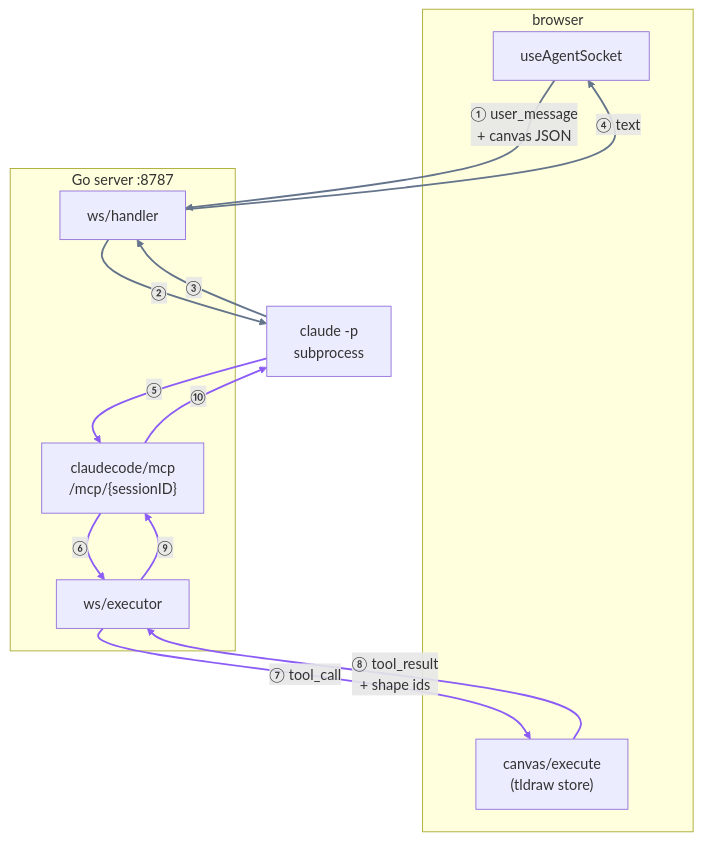
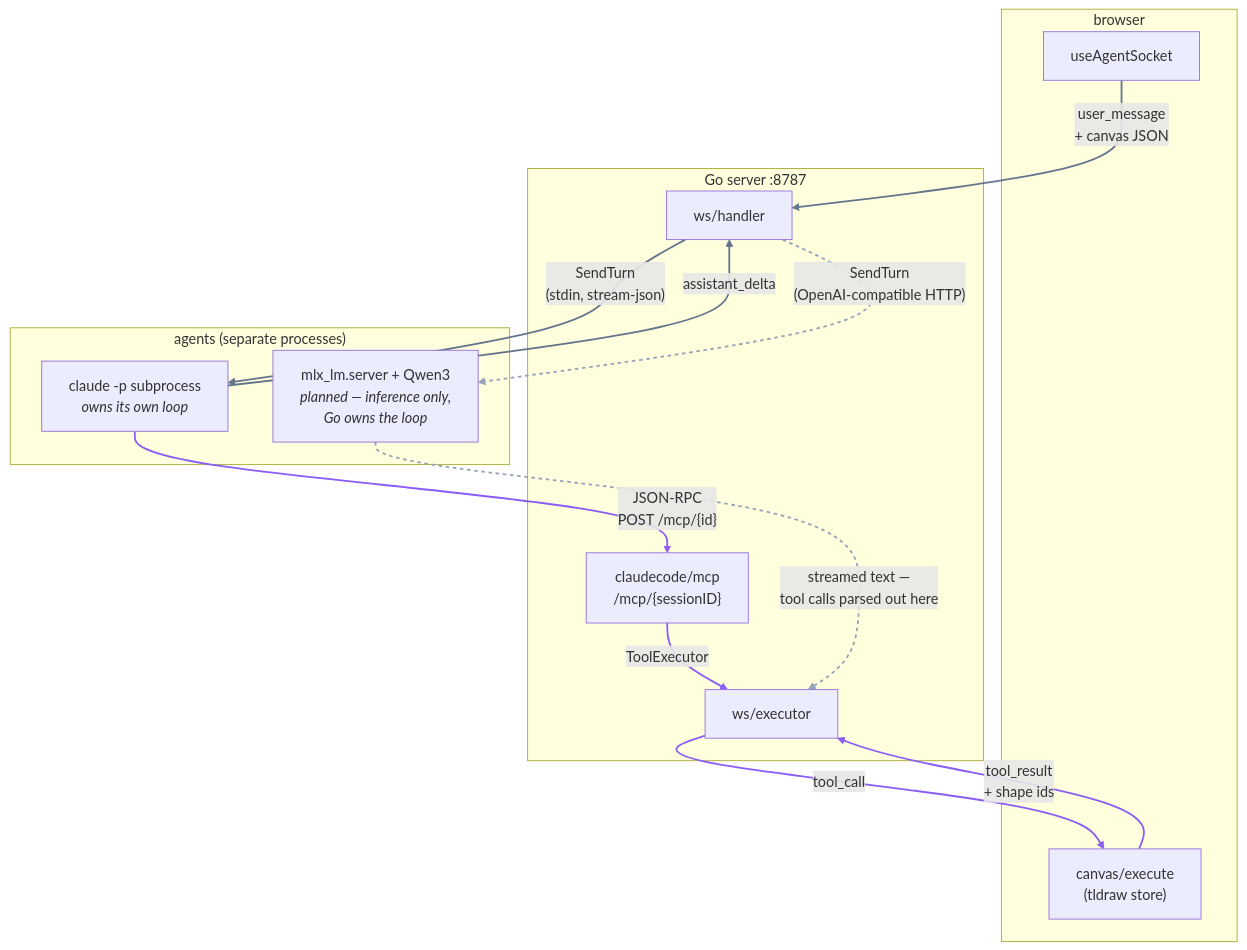
The diagram in README.md (anubhavitis/whiteboard), drawn with Mermaid before and after one commit. The commit also changed other lines of this file, not shown here.

First line of the commit message:
docs: drop the step-number table, add the planned MLX path

````diff
--- a/README.md
+++ b/README.md
@@ -35,30 +35,34 @@
 ```mermaid
 flowchart TB
     subgraph browser["browser"]
         chat["useAgentSocket"]
         canvas["canvas/execute<br/>(tldraw store)"]
     end
 
     subgraph server["Go server :8787"]
         handler["ws/handler"]
         executor["ws/executor"]
         mcp["claudecode/mcp<br/>/mcp/{sessionID}"]
     end
 
-    cc["claude -p<br/>subprocess"]
+    subgraph agents["agents (separate processes)"]
+        cc["claude -p subprocess<br/><i>owns its own loop</i>"]
+        mlx["mlx_lm.server + Qwen3<br/><i>planned — inference only,<br/>Go owns the loop</i>"]
+    end
 
-    chat -- "① user_message<br/>+ canvas JSON" --> handler
-    handler -- "②" --> cc
-    cc -- "③" --> handler
-    handler -- "④ text" --> chat
+    chat -- "user_message<br/>+ canvas JSON" --> handler
+    handler -- "SendTurn<br/>(stdin, stream-json)" --> cc
+    cc -- "assistant_delta" --> handler
 
-    cc -- "⑤" --> mcp
-    mcp -- "⑥" --> executor
-    executor -- "⑦ tool_call" --> canvas
-    canvas -- "⑧ tool_result<br/>+ shape ids" --> executor
-    executor -- "⑨" --> mcp
-    mcp -- "⑩" --> cc
+    cc -- "JSON-RPC<br/>POST /mcp/{id}" --> mcp
+    mcp -- "ToolExecutor" --> executor
+    executor -- "tool_call" --> canvas
+    canvas -- "tool_result<br/>+ shape ids" --> executor
 
-    linkStyle 0,1,2,3 stroke:#64748b,stroke-width:2px
-    linkStyle 4,5,6,7,8,9 stroke:#8b5cf6,stroke-width:2px
+    handler -. "SendTurn<br/>(OpenAI-compatible HTTP)" .-> mlx
+    mlx -. "streamed text —<br/>tool calls parsed out here" .-> executor
+
+    linkStyle 0,1,2 stroke:#64748b,stroke-width:2px
+    linkStyle 3,4,5,6 stroke:#8b5cf6,stroke-width:2px
+    linkStyle 7,8 stroke:#94a3b8,stroke-width:2px,stroke-dasharray:4 4
 ```
````
